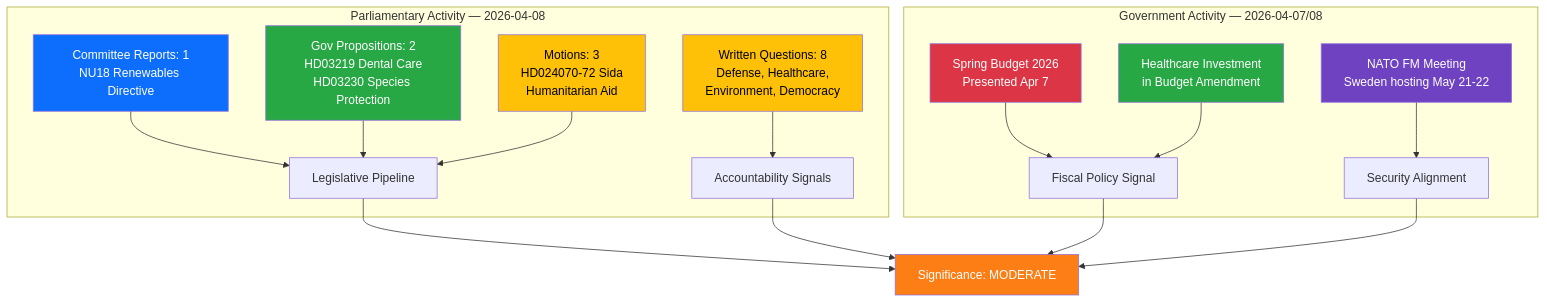
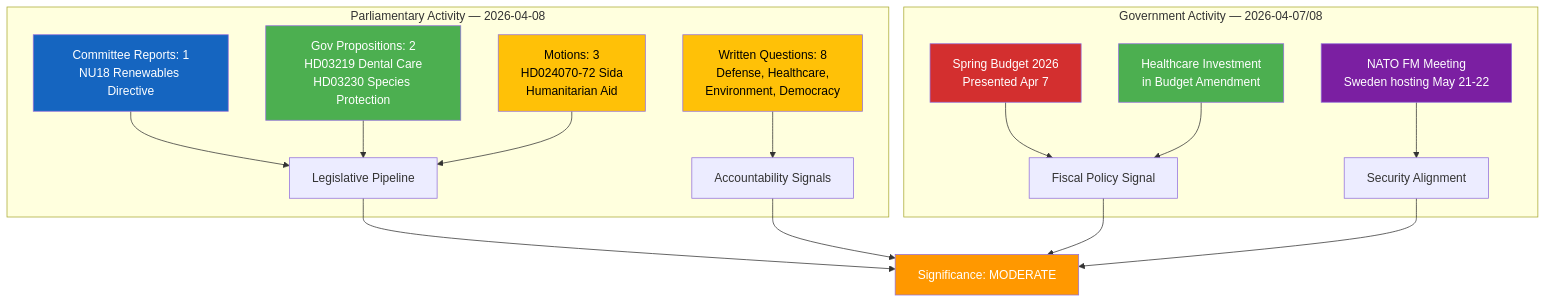
One commit to Hack23/riksdagsmonitor changed the diagram in analysis/daily/2026-04-08/evening-analysis-2/synthesis-summary.md. Above: the diagram before and after it, drawn with Mermaid. The commit also changed 785 other files, not shown here.

First line of the commit message:
Normalize mermaid colors across 786 analysis artifacts to ISMS Style Guide palette

````diff
--- a/analysis/daily/2026-04-08/evening-analysis-2/synthesis-summary.md
+++ b/analysis/daily/2026-04-08/evening-analysis-2/synthesis-summary.md
@@ -15,29 +15,29 @@
 ```mermaid
 graph TD
     subgraph "Parliamentary Activity — 2026-04-08"
         A["Committee Reports: 1<br/>NU18 Renewables Directive"] --> D["Legislative Pipeline"]
         B["Gov Propositions: 2<br/>HD03219 Dental Care<br/>HD03230 Species Protection"] --> D
         C["Written Questions: 8<br/>Defense, Healthcare,<br/>Environment, Democracy"] --> E["Accountability Signals"]
         F["Motions: 3<br/>HD024070-72 Sida<br/>Humanitarian Aid"] --> D
     end
 
     subgraph "Government Activity — 2026-04-07/08"
         G["Spring Budget 2026<br/>Presented Apr 7"] --> H["Fiscal Policy Signal"]
         I["NATO FM Meeting<br/>Sweden hosting May 21-22"] --> J["Security Alignment"]
         K["Healthcare Investment<br/>in Budget Amendment"] --> H
     end
 
     D --> L["Significance: MODERATE"]
     E --> L
     H --> L
     J --> L
 
-    style A fill:#0d6efd,color:#fff
-    style B fill:#28a745,color:#fff
-    style C fill:#ffc107,color:#000
-    style F fill:#ffc107,color:#000
-    style G fill:#dc3545,color:#fff
-    style I fill:#6f42c1,color:#fff
-    style K fill:#28a745,color:#fff
-    style L fill:#fd7e14,color:#fff
+    style A fill:#1565C0,color:#FFFFFF
+    style B fill:#4CAF50,color:#FFFFFF
+    style C fill:#FFC107,color:#000000
+    style F fill:#FFC107,color:#000000
+    style G fill:#D32F2F,color:#FFFFFF
+    style I fill:#7B1FA2,color:#FFFFFF
+    style K fill:#4CAF50,color:#FFFFFF
+    style L fill:#FF9800,color:#FFFFFF
 ```
````
